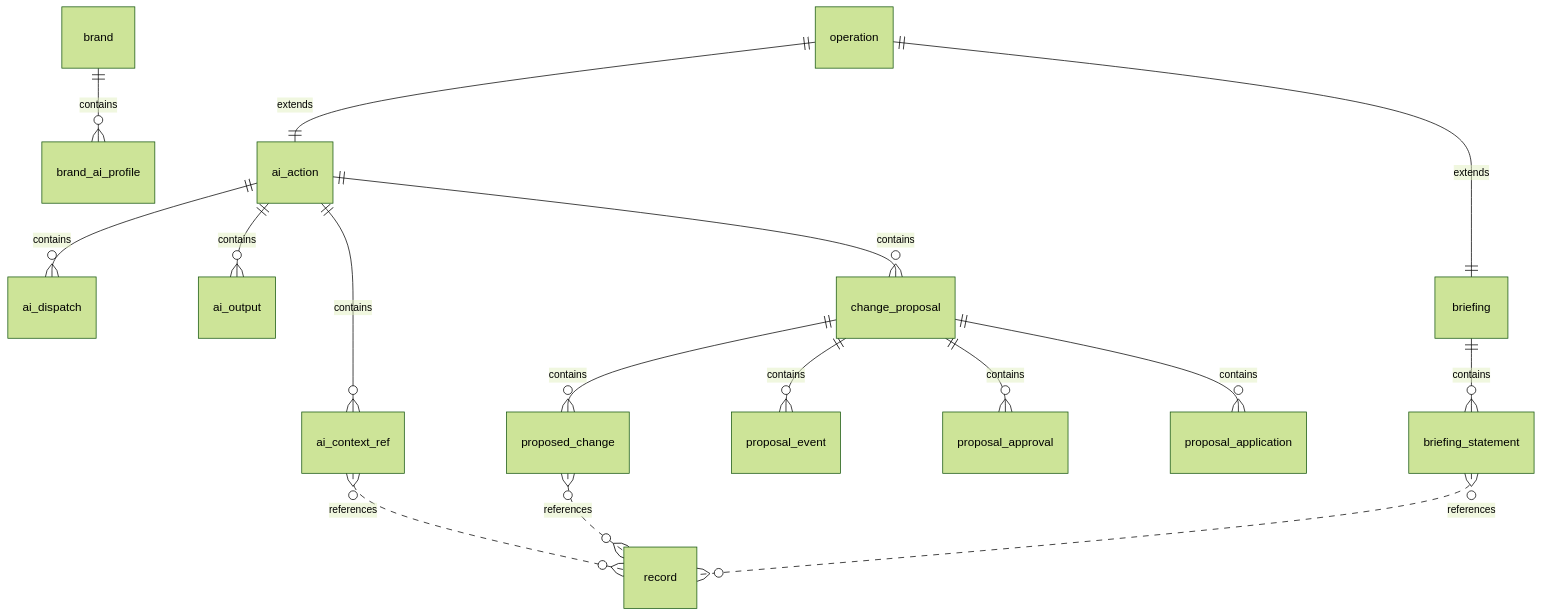
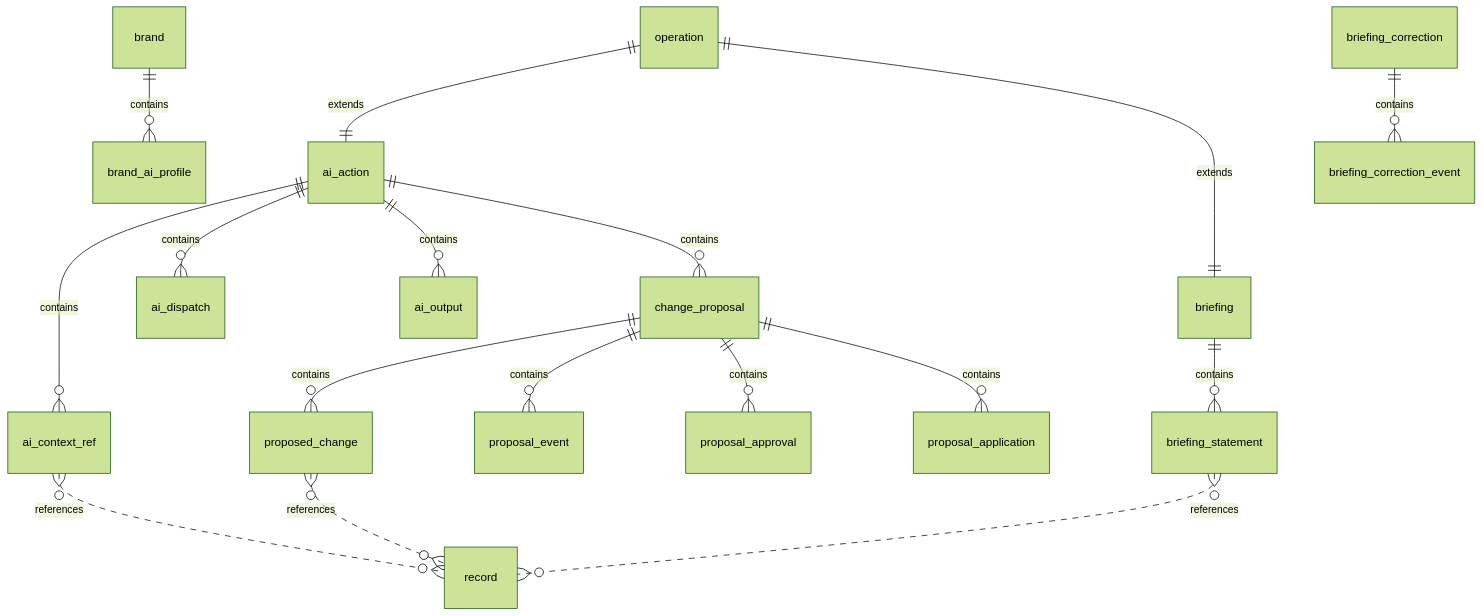
One commit to KatrielMoses/pm changed diagram 27 of 31 in docs/architecture/data/generated/er-diagrams.md. Above: the diagram before and after it, drawn with Mermaid (forest theme). The commit also changed 63 other files, not shown here.

````diff
--- a/docs/architecture/data/generated/er-diagrams.md
+++ b/docs/architecture/data/generated/er-diagrams.md
@@ -433,18 +433,19 @@
 ```mermaid
 erDiagram
   brand ||--o{ brand_ai_profile : "contains"
   operation ||--|| ai_action : "extends"
   ai_action ||--o{ ai_context_ref : "contains"
   ai_context_ref }o..o{ record : "references"
   ai_action ||--o{ ai_dispatch : "contains"
   ai_action ||--o{ ai_output : "contains"
   ai_action ||--o{ change_proposal : "contains"
   change_proposal ||--o{ proposed_change : "contains"
   proposed_change }o..o{ record : "references"
   change_proposal ||--o{ proposal_event : "contains"
   change_proposal ||--o{ proposal_approval : "contains"
   change_proposal ||--o{ proposal_application : "contains"
   operation ||--|| briefing : "extends"
   briefing ||--o{ briefing_statement : "contains"
   briefing_statement }o..o{ record : "references"
+  briefing_correction ||--o{ briefing_correction_event : "contains"
 ```
````
